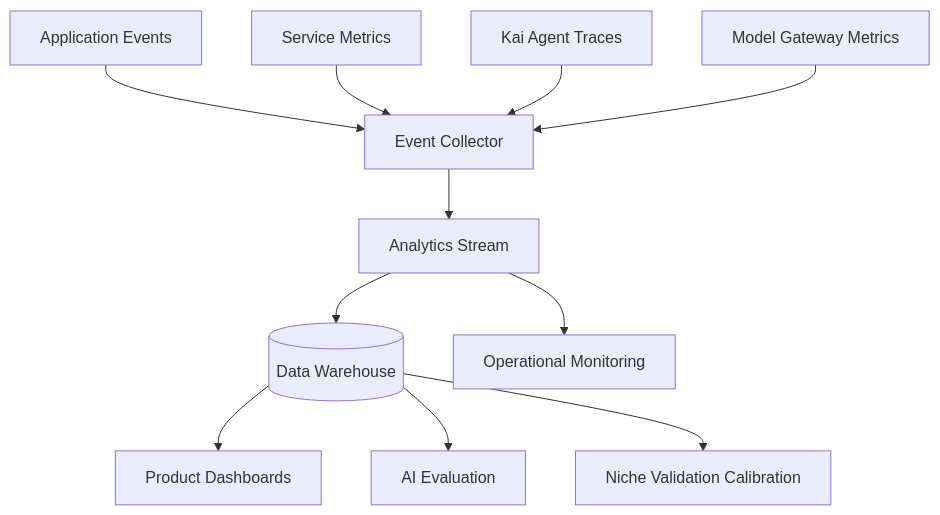
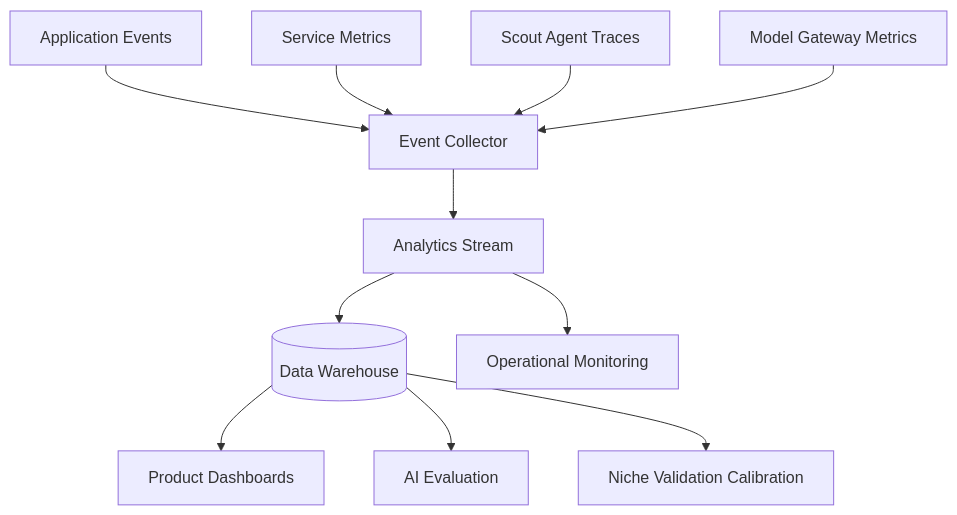
Before and after one commit to Mirzzie/Fadi: the diagram in docs/ANALYTICS_AND_TELEMETRY.md, drawn with Mermaid. The commit also changed other lines of this file and 142 other files, not shown here.

First line of the commit message:
feat!: rename Kai → Scout — the agent that finds what's ahead of you

````diff
--- a/docs/ANALYTICS_AND_TELEMETRY.md
+++ b/docs/ANALYTICS_AND_TELEMETRY.md
@@ -20,13 +20,13 @@
 ```mermaid
 flowchart TD
     App[Application Events] --> Collector[Event Collector]
     Services[Service Metrics] --> Collector
-    Agent[Kai Agent Traces] --> Collector
+    Agent[Scout Agent Traces] --> Collector
     Gateway[Model Gateway Metrics] --> Collector
     Collector --> Stream[Analytics Stream]
     Stream --> Warehouse[(Data Warehouse)]
     Stream --> Monitoring[Operational Monitoring]
     Warehouse --> Dashboards[Product Dashboards]
     Warehouse --> Evaluation[AI Evaluation]
     Warehouse --> NicheCalibration[Niche Validation Calibration]
 ```
````
